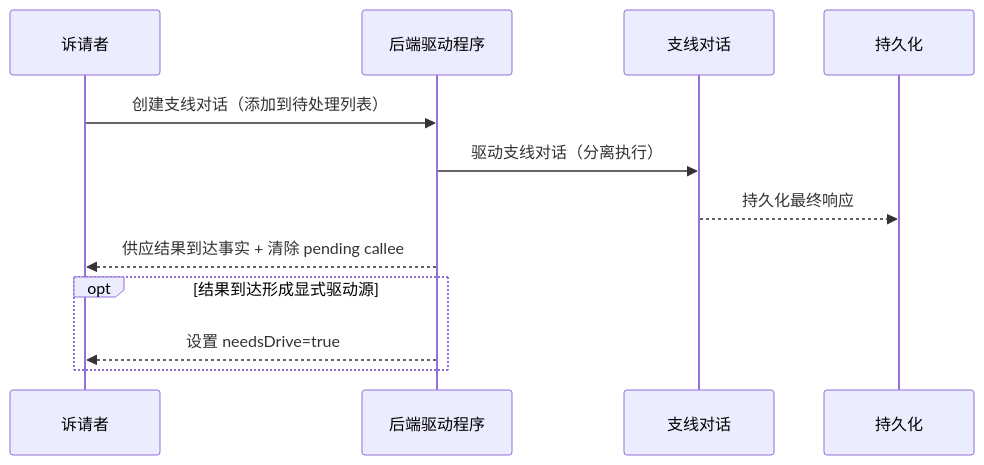
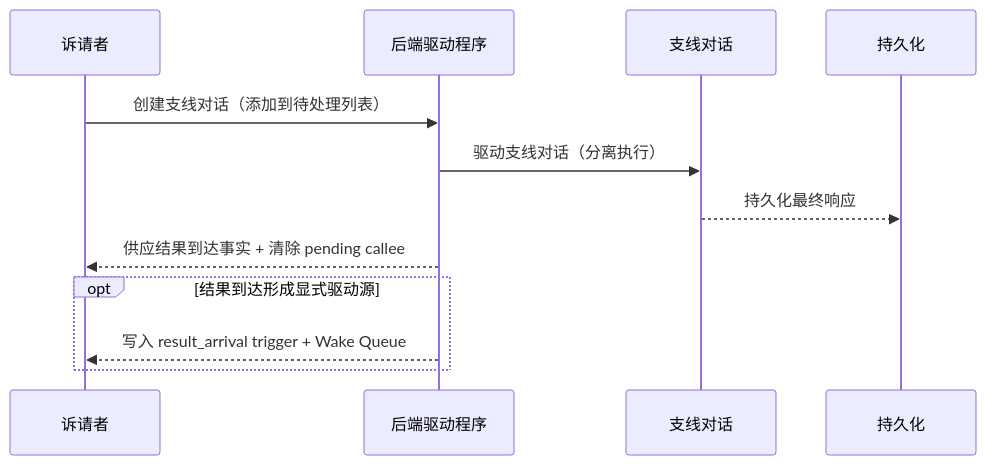
The seventh of 19 diagrams in docs/dialog-system.zh.md (longrun-ai/dominds), drawn with Mermaid before and after one commit. The commit also changed other lines of this file and 7 other files, not shown here.

````diff
--- a/docs/dialog-system.zh.md
+++ b/docs/dialog-system.zh.md
@@ -705,15 +705,15 @@
 ```mermaid
 sequenceDiagram
   participant Asker as 诉请者
   participant Driver as 后端驱动程序
   participant Side as 支线对话
   participant Store as 持久化
 
   Asker->>Driver: 创建支线对话（添加到待处理列表）
   Driver->>Side: 驱动支线对话（分离执行）
   Side-->>Store: 持久化最终响应
   Driver-->>Asker: 供应结果到达事实 + 清除 pending callee
   opt 结果到达形成显式驱动源
-    Driver-->>Asker: 设置 needsDrive=true
+    Driver-->>Asker: 写入 result_arrival trigger + Wake Queue
   end
 ```
````
